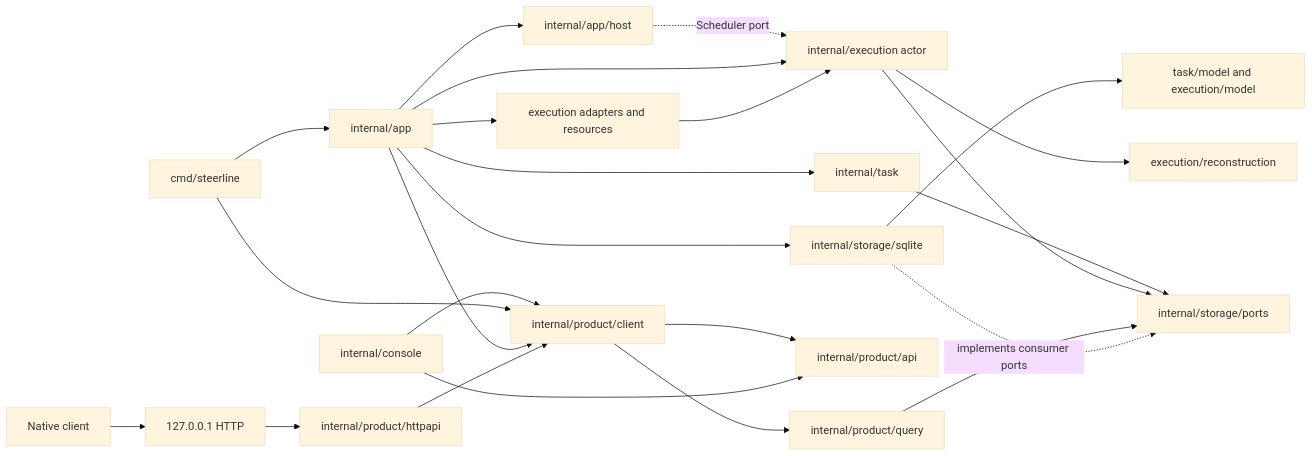
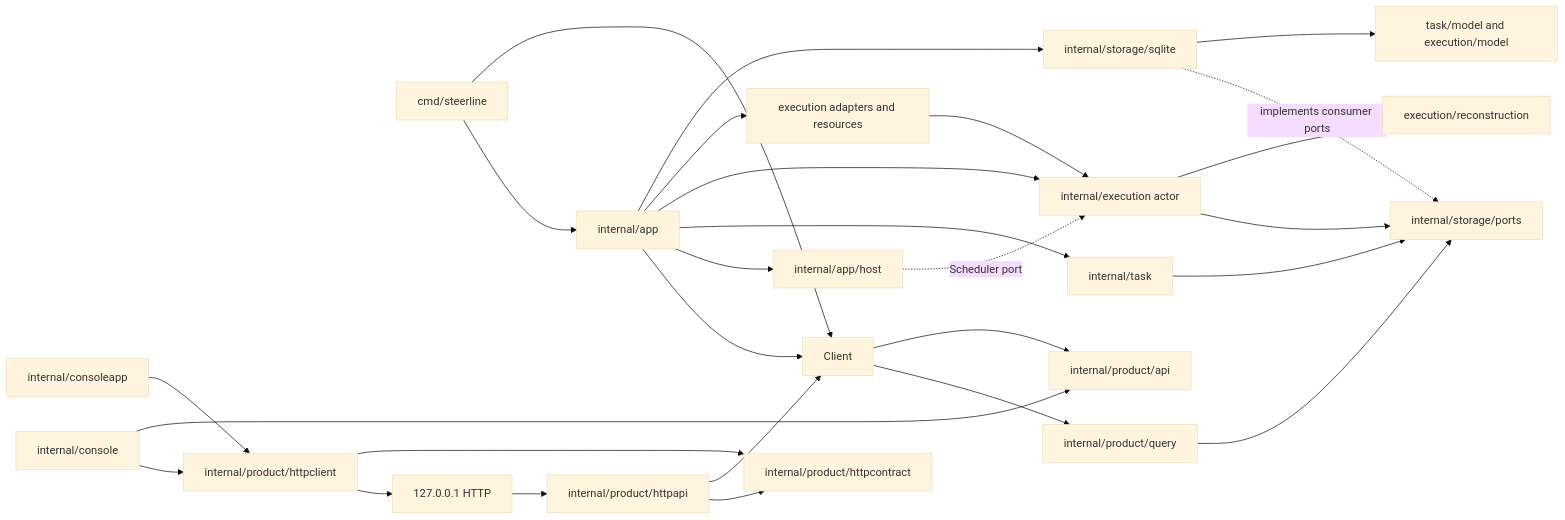
One commit to erranliu/SteerLine changed the diagram in docs/architecture/current-code-architecture.md. Above: the diagram before and after it, drawn with Mermaid (base theme). The commit also changed other lines of this file and 73 other files, not shown here.

Commit message:
feat: route TUI through HTTP and remove WinUI implementation

````diff
--- a/docs/architecture/current-code-architecture.md
+++ b/docs/architecture/current-code-architecture.md
@@ -15,26 +15,29 @@
 ```mermaid
 flowchart LR
     CLI[cmd/steerline] --> App[internal/app]
-    TUI[internal/console] --> Client[internal/product/client]
+    TUI[internal/console] --> HC[internal/product/httpclient]
+    Assembly[internal/consoleapp] --> HC
+    HC --> HTTP[127.0.0.1 HTTP]
+    HC --> Contract[internal/product/httpcontract]
     CLI --> Client
     App --> Client
-    Native[Native client] --> HTTP[127.0.0.1 HTTP]
+    HTTPAPI --> Contract
     HTTP --> HTTPAPI[internal/product/httpapi]
     HTTPAPI --> Client
     App --> Host[internal/app/host]
     Host -. Scheduler port .-> Exec[internal/execution actor]
     App --> Task[internal/task]
     App --> Exec
     App --> Adapters[execution adapters and resources]
     Adapters --> Exec
     Task --> Ports[internal/storage/ports]
     Exec --> Ports
     Query[internal/product/query] --> Ports
     Client --> Query
     Client --> API[internal/product/api]
     TUI --> API
     App --> SQLite[internal/storage/sqlite]
     SQLite -. implements consumer ports .-> Ports
     SQLite --> Model[task/model and execution/model]
     Exec --> Rebuild[execution/reconstruction]
 ```
````
